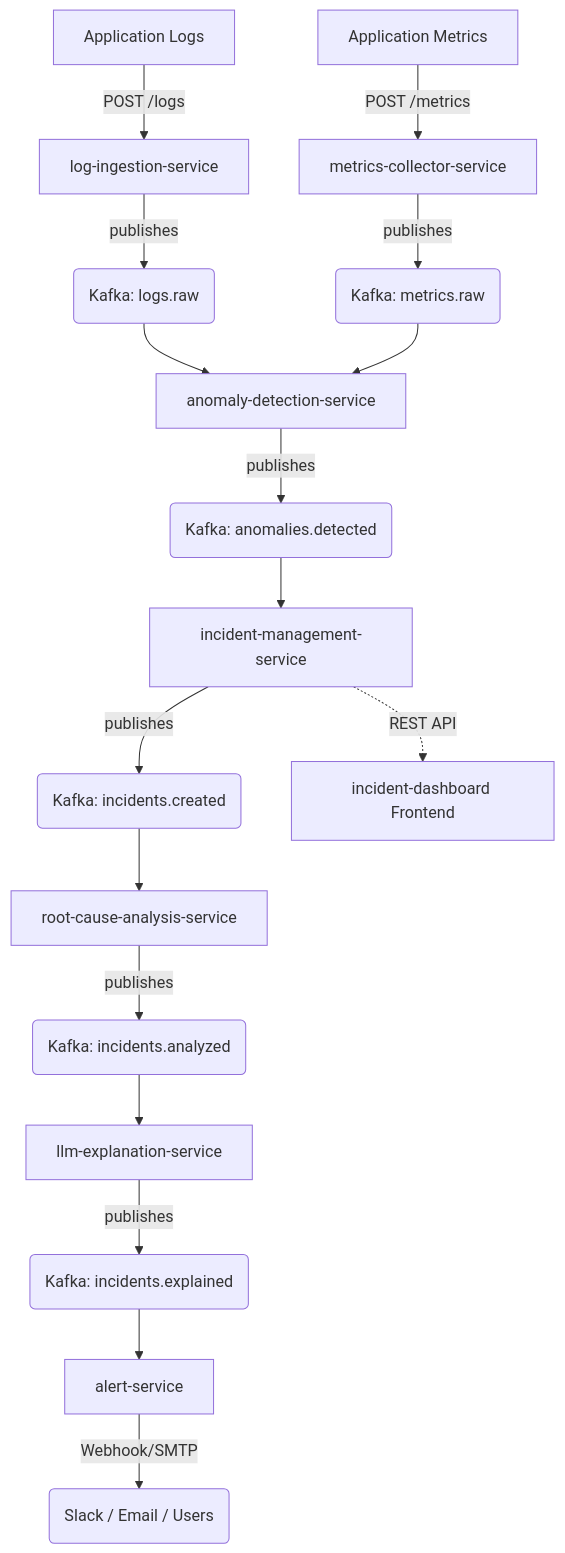
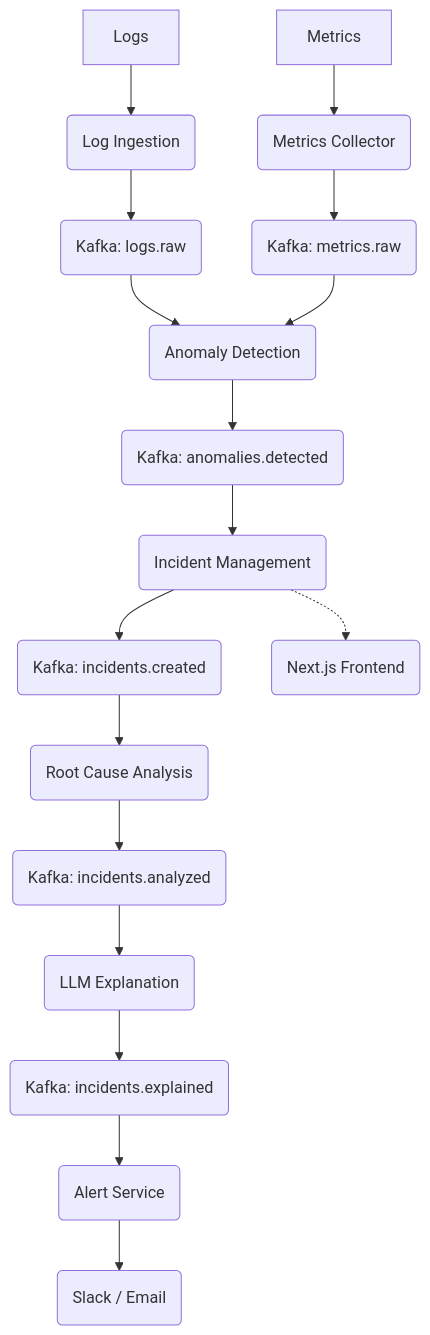
One commit to Ranjithhub08/SentinelOps changed the diagram in README.md. Above: the diagram before and after it, drawn with Mermaid. The commit also changed other lines of this file and 11 other files, not shown here.

````diff
--- a/README.md
+++ b/README.md
@@ -44,33 +40,33 @@
 ```mermaid
 graph TD
-    %% Inputs
-    L[Application Logs] -->|POST /logs| LI[log-ingestion-service]
-    M[Application Metrics] -->|POST /metrics| MC[metrics-collector-service]
+    %% Source
+    L[Logs] --> LI(Log Ingestion)
+    M[Metrics] --> MC(Metrics Collector)
 
-    %% Ingestion Topics
-    LI -->|publishes| TL(Kafka: logs.raw)
-    MC -->|publishes| TM(Kafka: metrics.raw)
+    %% Ingestion
+    LI --> KLR(Kafka: logs.raw)
+    MC --> KMR(Kafka: metrics.raw)
 
     %% Detection
-    TL --> AD[anomaly-detection-service]
-    TM --> AD
-    AD -->|publishes| TA(Kafka: anomalies.detected)
+    KLR --> AD(Anomaly Detection)
+    KMR --> AD
+    AD --> KAD(Kafka: anomalies.detected)
 
-    %% Incident Management
-    TA --> IM[incident-management-service]
-    IM -->|publishes| TIC(Kafka: incidents.created)
+    %% Management
+    KAD --> IM(Incident Management)
+    IM --> KIC(Kafka: incidents.created)
+
+    %% Intelligence
+    KIC --> RCA(Root Cause Analysis)
+    RCA --> KIA(Kafka: incidents.analyzed)
     
-    %% AI Pipeline
-    TIC --> RCA[root-cause-analysis-service]
-    RCA -->|publishes| TIA(Kafka: incidents.analyzed)
-    
-    TIA --> LLM[llm-explanation-service]
-    LLM -->|publishes| TIE(Kafka: incidents.explained)
+    KIA --> LLM(LLM Explanation)
+    LLM --> KIE(Kafka: incidents.explained)
 
     %% Output
-    TIE --> AS[alert-service]
-    AS -->|Webhook/SMTP| OUT(Slack / Email / Users)
+    KIE --> AS(Alert Service)
+    AS --> SL(Slack / Email)
     
-    %% UI
-    IM -.->|REST API| DASH[incident-dashboard Frontend]
+    %% Dashboard
+    IM -.-> DASH(Next.js Frontend)
 ```
````
